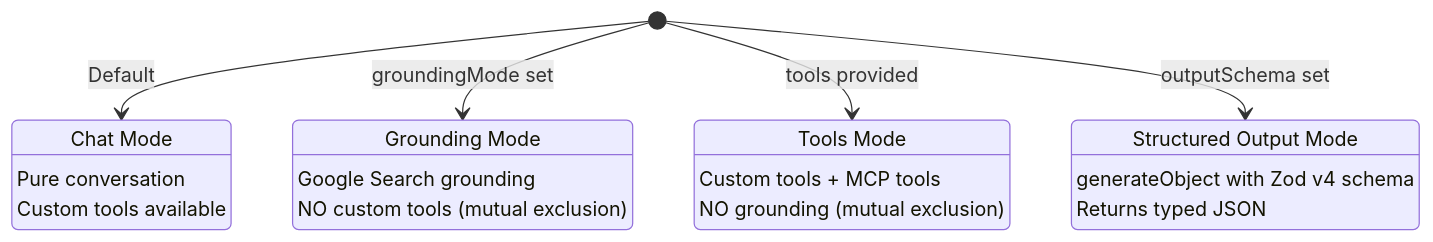
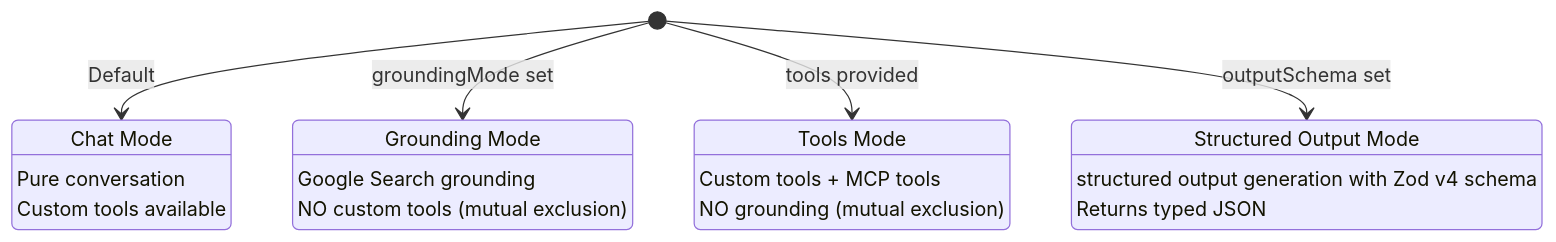
One commit to 1qh/safeagent changed the third of 17 diagrams in plan/06-agents.md. Above: the diagram before and after it, drawn with Mermaid. The commit also changed other lines of this file and 18 other files, not shown here.

````diff
--- a/plan/06-agents.md
+++ b/plan/06-agents.md
@@ -102,23 +102,23 @@
 ```mermaid
 stateDiagram-v2
     [*] --> CHAT_MODE: Default
     [*] --> GROUNDING_MODE: groundingMode set
     [*] --> TOOLS_MODE: tools provided
     [*] --> STRUCTURED_MODE: outputSchema set
 
     CHAT_MODE: Chat Mode
     CHAT_MODE: Pure conversation
     CHAT_MODE: Custom tools available
 
     GROUNDING_MODE: Grounding Mode
     GROUNDING_MODE: Google Search grounding
     GROUNDING_MODE: NO custom tools (mutual exclusion)
 
     TOOLS_MODE: Tools Mode
     TOOLS_MODE: Custom tools + MCP tools
     TOOLS_MODE: NO grounding (mutual exclusion)
 
     STRUCTURED_MODE: Structured Output Mode
-    STRUCTURED_MODE: generateObject with Zod v4 schema
+    STRUCTURED_MODE: structured output generation with Zod v4 schema
     STRUCTURED_MODE: Returns typed JSON
 ```
````
